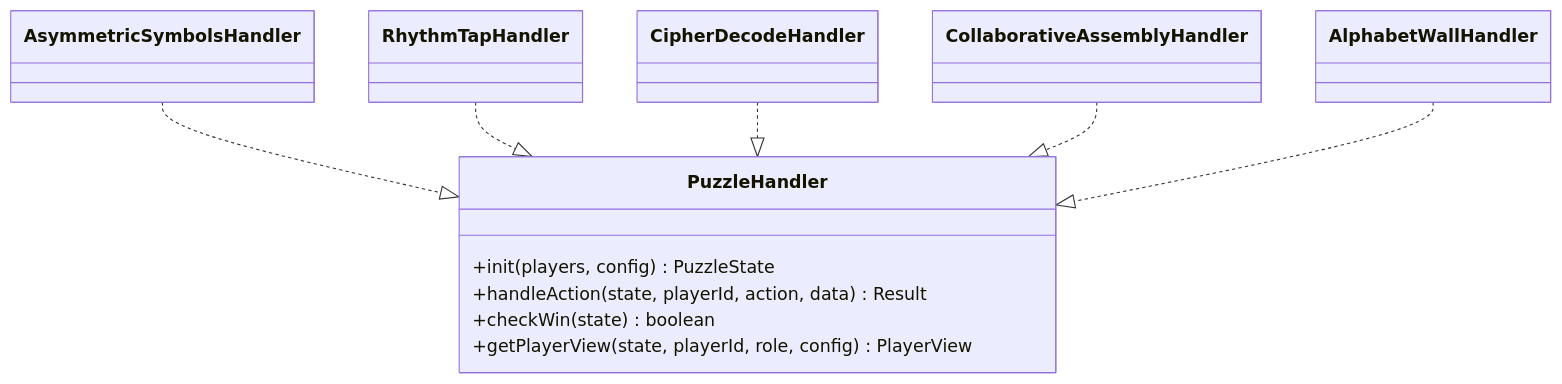
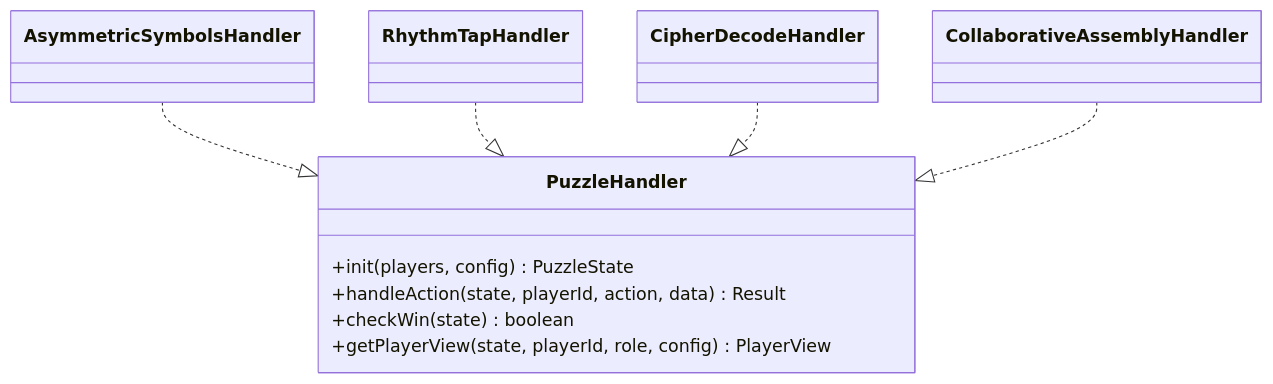
One commit to dkoukoul/escape-room-mvp changed the eighth of 10 diagrams in .qoder/repowiki/en/content/Configuration System.md. Above: the diagram before and after it, drawn with Mermaid. The commit also changed other lines of this file and 21 other files, not shown here.

````diff
--- a/.qoder/repowiki/en/content/Configuration System.md
+++ b/.qoder/repowiki/en/content/Configuration System.md
@@ -270,19 +342,17 @@
 ```mermaid
 classDiagram
 class PuzzleHandler {
 +init(players, config) PuzzleState
 +handleAction(state, playerId, action, data) Result
 +checkWin(state) boolean
 +getPlayerView(state, playerId, role, config) PlayerView
 }
 class AsymmetricSymbolsHandler
 class RhythmTapHandler
 class CipherDecodeHandler
 class CollaborativeAssemblyHandler
-class AlphabetWallHandler
 AsymmetricSymbolsHandler ..|> PuzzleHandler
 RhythmTapHandler ..|> PuzzleHandler
 CipherDecodeHandler ..|> PuzzleHandler
 CollaborativeAssemblyHandler ..|> PuzzleHandler
-AlphabetWallHandler ..|> PuzzleHandler
 ```
````
